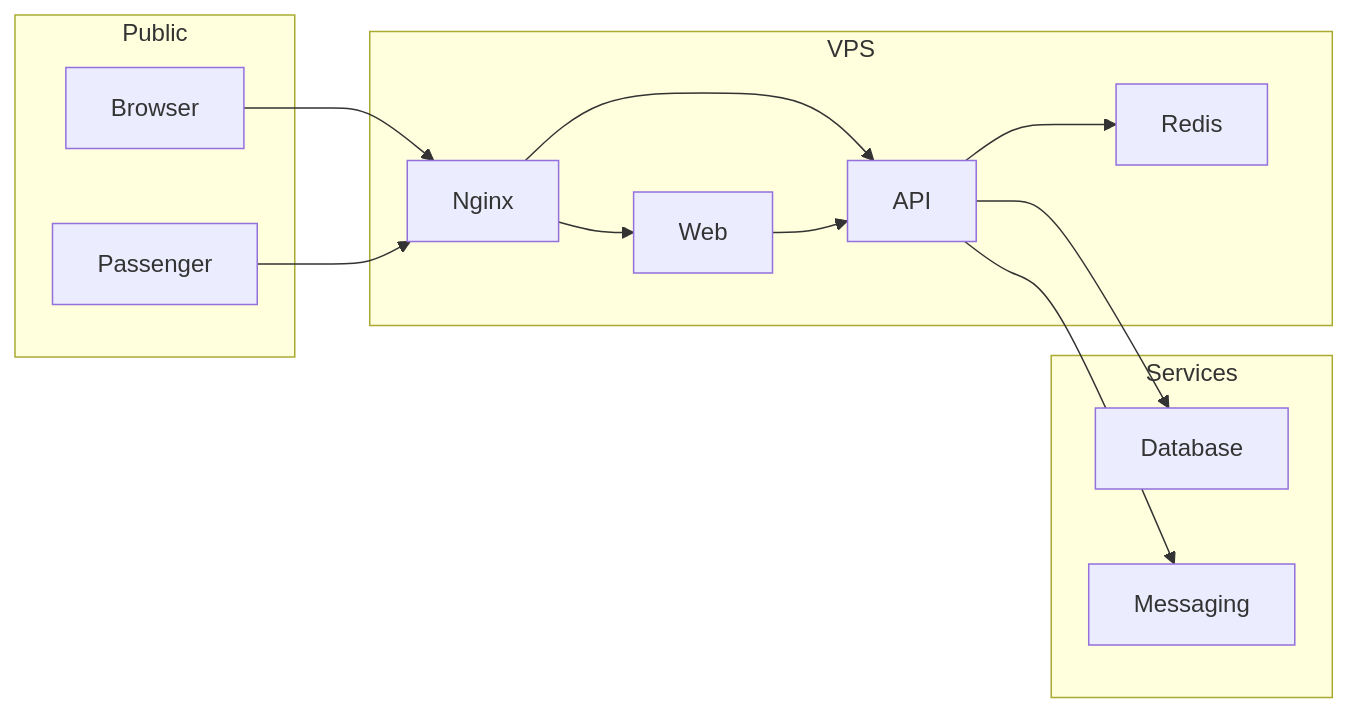
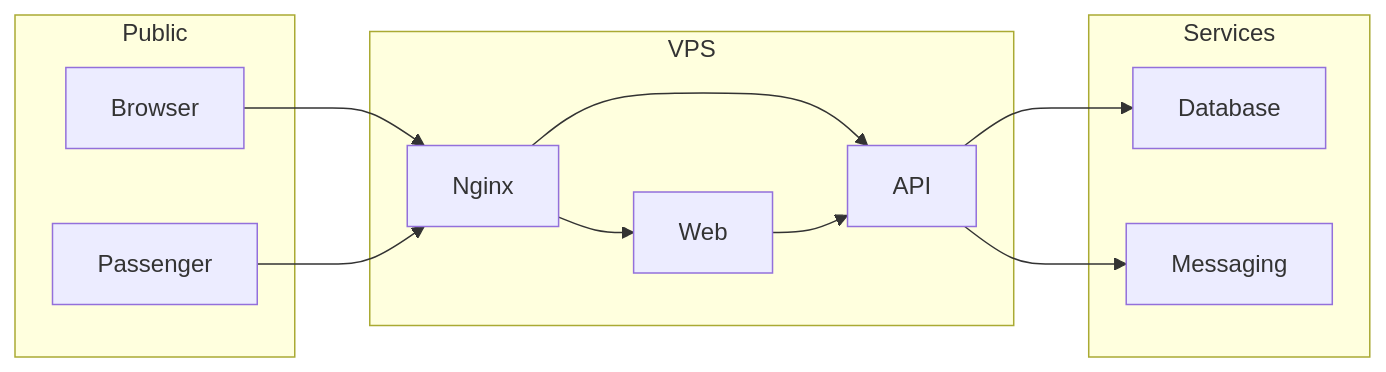
Before and after one commit to digoltech/tours-saas: the diagram in Tours-SaaS-threat-model.md, drawn with Mermaid. The commit also changed other lines of this file and 30 other files, not shown here.

First line of the commit message:
feat(auth): implement new authentication flows and pages

````diff
--- a/Tours-SaaS-threat-model.md
+++ b/Tours-SaaS-threat-model.md
@@ -29,21 +29,20 @@
 ```mermaid
 flowchart LR
   subgraph Public
     Browser
     Passenger
   end
   subgraph VPS
     Nginx --> Web
     Nginx --> API
-    API --> Redis
   end
   subgraph Services
     Database
     Messaging
   end
   Browser --> Nginx
   Passenger --> Nginx
   Web --> API
   API --> Database
   API --> Messaging
 ```
````
